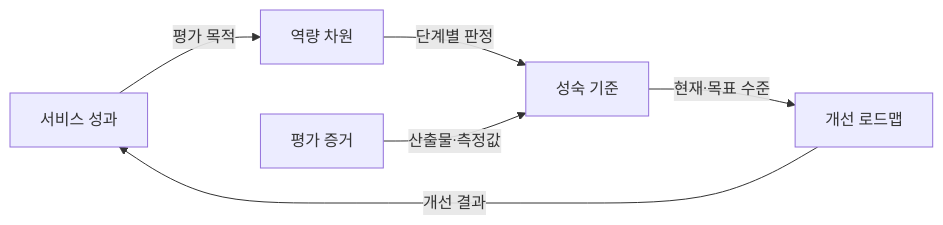
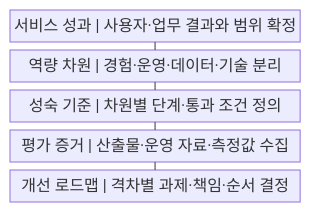
Before and after one commit to agnusdei1207/knowledge-base: the first of 2 diagrams in src/content/docs/notes/03-software/229_digital_service_maturity_model.md, drawn with Mermaid. The commit also changed other lines of this file and 20 other files, not shown here.

````diff
--- a/src/content/docs/notes/03-software/229_digital_service_maturity_model.md
+++ b/src/content/docs/notes/03-software/229_digital_service_maturity_model.md
@@ -53,8 +53,13 @@
 ```mermaid
-flowchart LR
-    A["서비스 성과"] -->|평가 목적| B["역량 차원"]
-    B -->|단계별 판정| C["성숙 기준"]
-    D["평가 증거"] -->|산출물·측정값| C
-    C -->|현재·목표 수준| E["개선 로드맵"]
-    E -->|개선 결과| A
+block
+    columns 1
+    A["서비스 성과 | 사용자·업무 결과와 범위 확정"]
+    B["역량 차원 | 경험·운영·데이터·기술 분리"]
+    C["성숙 기준 | 차원별 단계·통과 조건 정의"]
+    D["평가 증거 | 산출물·운영 자료·측정값 수집"]
+    E["개선 로드맵 | 격차별 과제·책임·순서 결정"]
+    A --- B
+    B --- C
+    C --- D
+    D --- E
 ```
````
